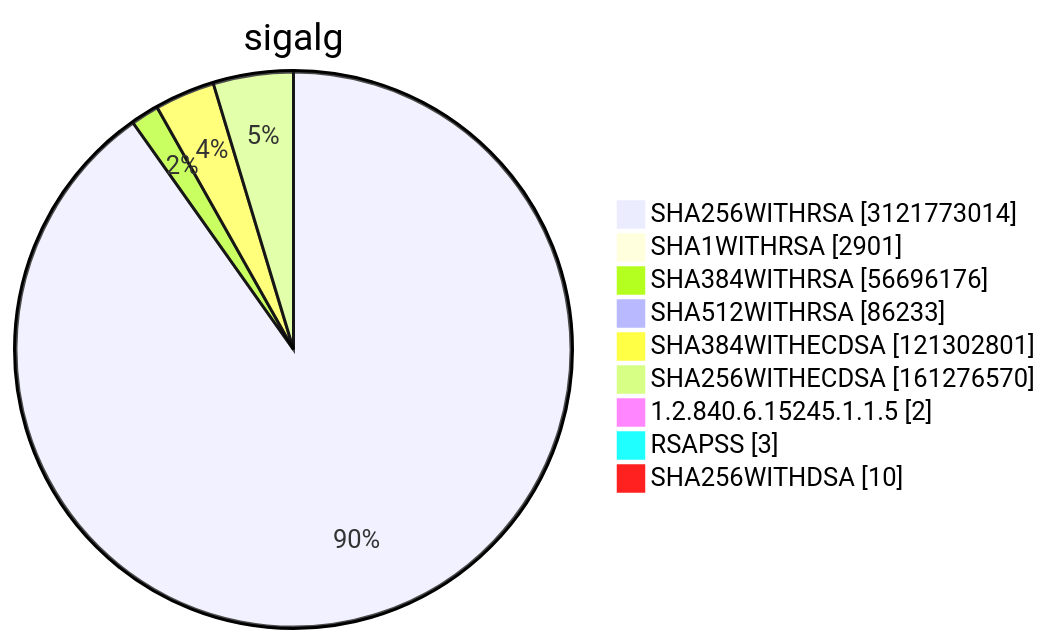
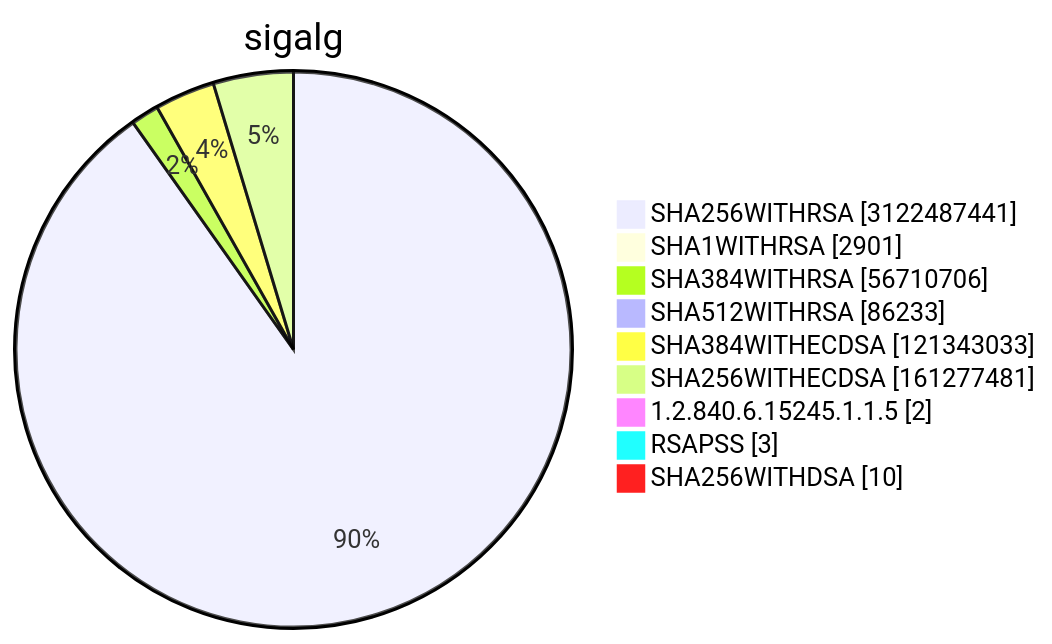
One commit to christiankrug/ctmonitor_visualization changed diagram 15 of 15 in TOTAL/README.md. Above: the diagram before and after it, drawn with Mermaid. The commit also changed other lines of this file, not shown here.

````diff
--- a/TOTAL/README.md
+++ b/TOTAL/README.md
@@ -6212,13 +6212,13 @@
 ```mermaid
 pie showData
 title sigalg
-"SHA256WITHRSA" :3121773014
+"SHA256WITHRSA" :3122487441
 "SHA1WITHRSA" :2901
-"SHA384WITHRSA" :56696176
+"SHA384WITHRSA" :56710706
 "SHA512WITHRSA" :86233
-"SHA384WITHECDSA" :121302801
-"SHA256WITHECDSA" :161276570
+"SHA384WITHECDSA" :121343033
+"SHA256WITHECDSA" :161277481
 "1.2.840.6.15245.1.1.5" :2
 "RSAPSS" :3
 "SHA256WITHDSA" :10
 ```
````
